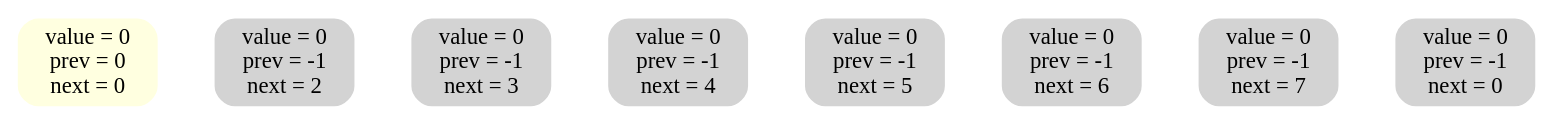
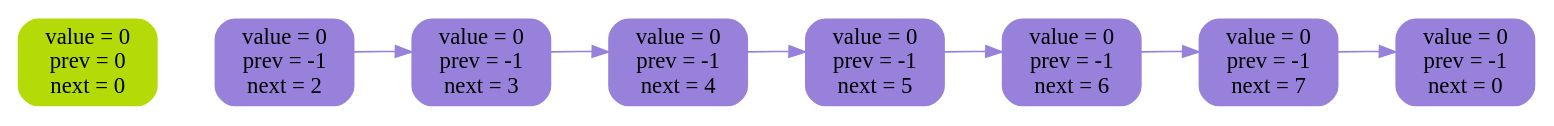
Before and after one commit to 2210223t-lang/2-linked-list: the diagram in list_log/img/1.dot, drawn with Graphviz. The commit also changed 29 other files, not shown here.

```diff
--- a/list_log/img/1.dot
+++ b/list_log/img/1.dot
@@ -1,18 +1,24 @@
 digraph {
 rankdir = LR
-n0 [ label = "value = 0\nprev = 0\nnext = 0", shape = Mrecord, fontsize = 14,style = filled, color = lightyellow ]
-n1 [ label = "value = 0\nprev = -1\nnext = 2", shape = Mrecord, fontsize = 14,style = filled, color = lightgray ]
-n2 [ label = "value = 0\nprev = -1\nnext = 3", shape = Mrecord, fontsize = 14,style = filled, color = lightgray ]
-n3 [ label = "value = 0\nprev = -1\nnext = 4", shape = Mrecord, fontsize = 14,style = filled, color = lightgray ]
-n4 [ label = "value = 0\nprev = -1\nnext = 5", shape = Mrecord, fontsize = 14,style = filled, color = lightgray ]
-n5 [ label = "value = 0\nprev = -1\nnext = 6", shape = Mrecord, fontsize = 14,style = filled, color = lightgray ]
-n6 [ label = "value = 0\nprev = -1\nnext = 7", shape = Mrecord, fontsize = 14,style = filled, color = lightgray ]
-n7 [ label = "value = 0\nprev = -1\nnext = 0", shape = Mrecord, fontsize = 14,style = filled, color = lightgray ]
+n0 [ label = "value = 0\nprev = 0\nnext = 0", shape = Mrecord, fontsize = 14,style = filled, color = "#b4da08" ]
+n1 [ label = "value = 0\nprev = -1\nnext = 2", shape = Mrecord, fontsize = 14,style = filled, color = "#9781db" ]
+n2 [ label = "value = 0\nprev = -1\nnext = 3", shape = Mrecord, fontsize = 14,style = filled, color = "#9781db" ]
+n3 [ label = "value = 0\nprev = -1\nnext = 4", shape = Mrecord, fontsize = 14,style = filled, color = "#9781db" ]
+n4 [ label = "value = 0\nprev = -1\nnext = 5", shape = Mrecord, fontsize = 14,style = filled, color = "#9781db" ]
+n5 [ label = "value = 0\nprev = -1\nnext = 6", shape = Mrecord, fontsize = 14,style = filled, color = "#9781db" ]
+n6 [ label = "value = 0\nprev = -1\nnext = 7", shape = Mrecord, fontsize = 14,style = filled, color = "#9781db" ]
+n7 [ label = "value = 0\nprev = -1\nnext = 0", shape = Mrecord, fontsize = 14,style = filled, color = "#9781db" ]
 n0 -> n1 [ style = invis, weight = 100 ]
 n1 -> n2 [ style = invis, weight = 100 ]
 n2 -> n3 [ style = invis, weight = 100 ]
 n3 -> n4 [ style = invis, weight = 100 ]
 n4 -> n5 [ style = invis, weight = 100 ]
 n5 -> n6 [ style = invis, weight = 100 ]
 n6 -> n7 [ style = invis, weight = 100 ]
+n1 -> n2 [style = filled, color = "#9781db" ]
+n2 -> n3 [style = filled, color = "#9781db" ]
+n3 -> n4 [style = filled, color = "#9781db" ]
+n4 -> n5 [style = filled, color = "#9781db" ]
+n5 -> n6 [style = filled, color = "#9781db" ]
+n6 -> n7 [style = filled, color = "#9781db" ]
 }
```
